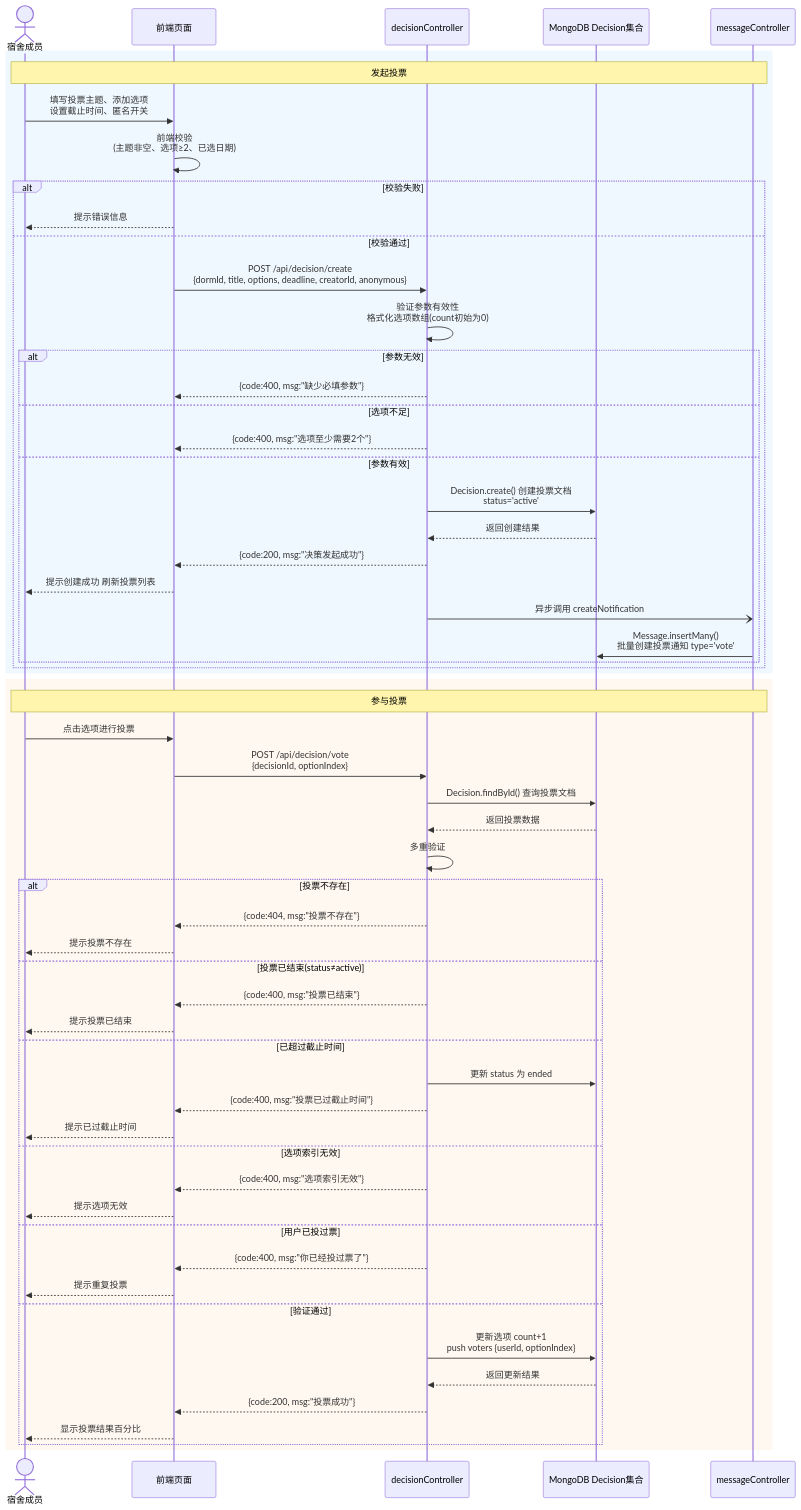
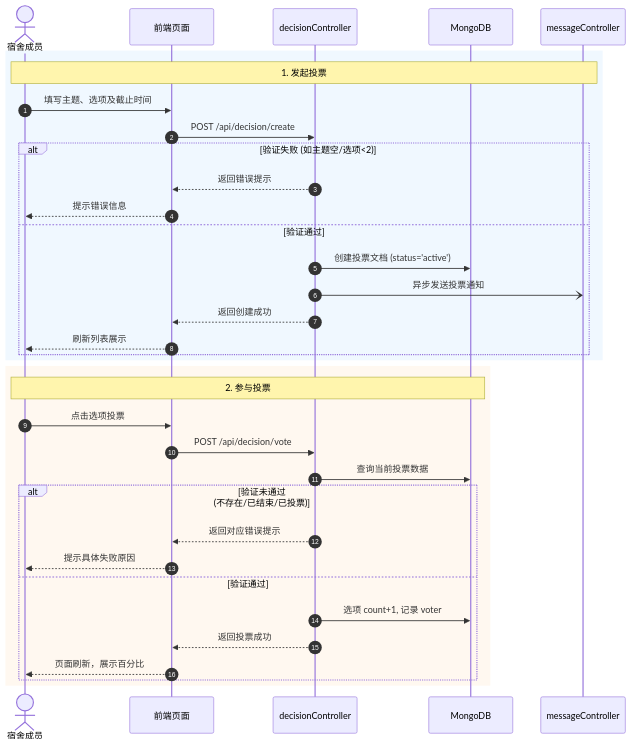
The diagram in mermaid/投票决策顺序图.md (abcdaa12/test), drawn with Mermaid before and after one commit. The commit also changed 2 other files, not shown here.

Commit message:
feat: 随便改点什么

````diff
--- a/mermaid/投票决策顺序图.md
+++ b/mermaid/投票决策顺序图.md
@@ -1,68 +1,43 @@
 ```mermaid
 sequenceDiagram
-    actor 用户 as 宿舍成员
-    participant 前端 as 前端页面
-    participant 后端 as decisionController
-    participant DB as MongoDB Decision集合
-    participant 消息 as messageController
+    autonumber
+    actor U as 宿舍成员
+    participant F as 前端页面
+    participant B as decisionController
+    participant DB as MongoDB
+    participant M as messageController
 
+    %% ---------------- 发起投票阶段 ----------------
     rect rgb(240, 248, 255)
-    Note over 用户, 消息: 发起投票
-    用户->>前端: 填写投票主题、添加选项<br/>设置截止时间、匿名开关
-    前端->>前端: 前端校验<br/>(主题非空、选项≥2、已选日期)
+    Note over U, M: 1. 发起投票
+    U->>F: 填写主题、选项及截止时间
+    F->>B: POST /api/decision/create
 
-    alt 校验失败
-        前端-->>用户: 提示错误信息
-    else 校验通过
-        前端->>后端: POST /api/decision/create<br/>{dormId, title, options, deadline, creatorId, anonymous}
-        后端->>后端: 验证参数有效性<br/>格式化选项数组(count初始为0)
-
-        alt 参数无效
-            后端-->>前端: {code:400, msg:"缺少必填参数"}
-        else 选项不足
-            后端-->>前端: {code:400, msg:"选项至少需要2个"}
-        else 参数有效
-            后端->>DB: Decision.create() 创建投票文档<br/>status='active'
-            DB-->>后端: 返回创建结果
-            后端-->>前端: {code:200, msg:"决策发起成功"}
-            前端-->>用户: 提示创建成功 刷新投票列表
-
-            后端-)消息: 异步调用 createNotification
-            消息->>DB: Message.insertMany()<br/>批量创建投票通知 type='vote'
-        end
+    alt 验证失败 (如主题空/选项<2)
+        B-->>F: 返回错误提示
+        F-->>U: 提示错误信息
+    else 验证通过
+        B->>DB: 创建投票文档 (status='active')
+        B-)M: 异步发送投票通知
+        B-->>F: 返回创建成功
+        F-->>U: 刷新列表展示
     end
     end
 
+    %% ---------------- 参与投票阶段 ----------------
     rect rgb(255, 248, 240)
-    Note over 用户, 消息: 参与投票
-    用户->>前端: 点击选项进行投票
-    前端->>后端: POST /api/decision/vote<br/>{decisionId, optionIndex}
-    后端->>DB: Decision.findById() 查询投票文档
-    DB-->>后端: 返回投票数据
+    Note over U, DB: 2. 参与投票
+    U->>F: 点击选项投票
+    F->>B: POST /api/decision/vote
+    B->>DB: 查询当前投票数据
 
-    后端->>后端: 多重验证
-
-    alt 投票不存在
-        后端-->>前端: {code:404, msg:"投票不存在"}
-        前端-->>用户: 提示投票不存在
-    else 投票已结束(status≠active)
-        后端-->>前端: {code:400, msg:"投票已结束"}
-        前端-->>用户: 提示投票已结束
-    else 已超过截止时间
-        后端->>DB: 更新 status 为 ended
-        后端-->>前端: {code:400, msg:"投票已过截止时间"}
-        前端-->>用户: 提示已过截止时间
-    else 选项索引无效
-        后端-->>前端: {code:400, msg:"选项索引无效"}
-        前端-->>用户: 提示选项无效
-    else 用户已投过票
-        后端-->>前端: {code:400, msg:"你已经投过票了"}
-        前端-->>用户: 提示重复投票
+    alt 验证未通过 (不存在/已结束/已投票)
+        B-->>F: 返回对应错误提示
+        F-->>U: 提示具体失败原因
     else 验证通过
-        后端->>DB: 更新选项 count+1<br/>push voters {userId, optionIndex}
-        DB-->>后端: 返回更新结果
-        后端-->>前端: {code:200, msg:"投票成功"}
-        前端-->>用户: 显示投票结果百分比
+        B->>DB: 选项 count+1, 记录 voter
+        B-->>F: 返回投票成功
+        F-->>U: 页面刷新，展示百分比
     end
     end
 ```
````
